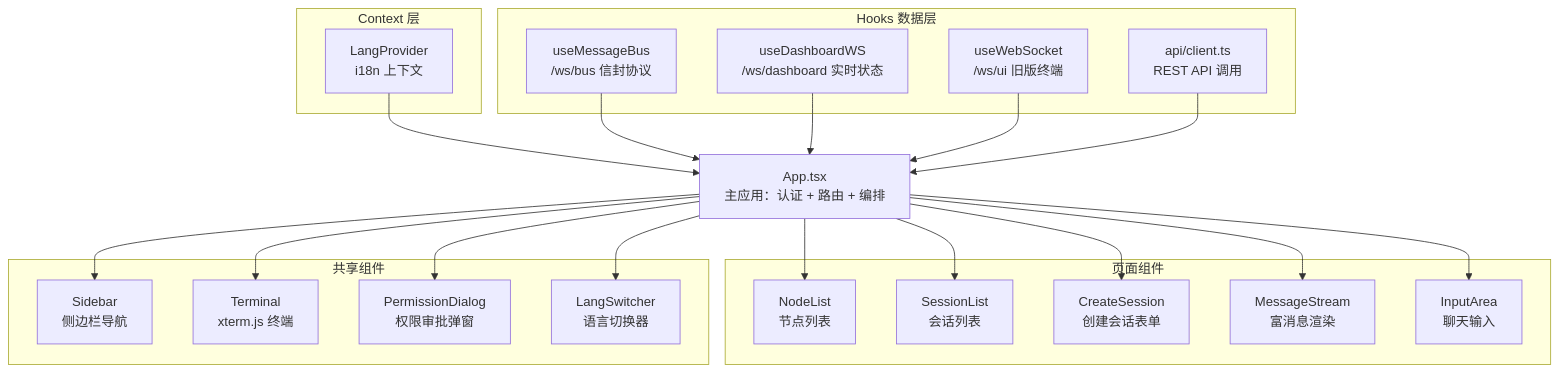
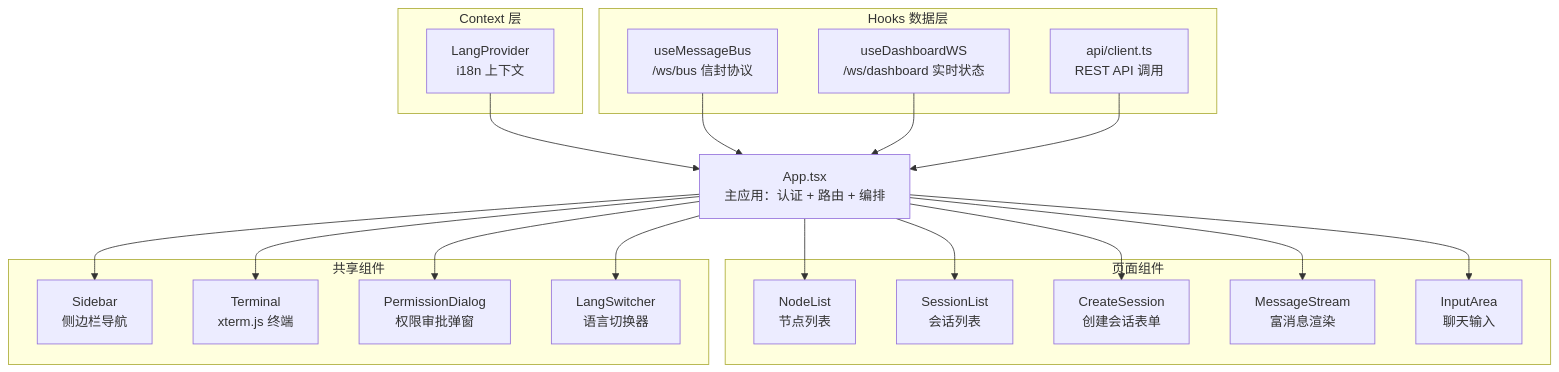
The sixth of 9 diagrams in 技术文档/SuperCo 技术架构全景.md (madage/coaether), drawn with Mermaid before and after one commit. The commit also changed other lines of this file and 32 other files, not shown here.

````diff
--- a/技术文档/SuperCo 技术架构全景.md
+++ b/技术文档/SuperCo 技术架构全景.md
@@ -414,46 +376,44 @@
 ```mermaid
 graph TB
     subgraph Context["Context 层"]
         LP["LangProvider<br/>i18n 上下文"]
     end
 
     subgraph Hooks["Hooks 数据层"]
         MBus["useMessageBus<br/>/ws/bus 信封协议"]
         DWS["useDashboardWS<br/>/ws/dashboard 实时状态"]
-        WSock["useWebSocket<br/>/ws/ui 旧版终端"]
         API["api/client.ts<br/>REST API 调用"]
     end
 
     subgraph Pages["页面组件"]
         NL["NodeList<br/>节点列表"]
         SL["SessionList<br/>会话列表"]
         CS["CreateSession<br/>创建会话表单"]
         MS["MessageStream<br/>富消息渲染"]
         IA["InputArea<br/>聊天输入"]
     end
 
     subgraph Shared["共享组件"]
         S["Sidebar<br/>侧边栏导航"]
         TERM["Terminal<br/>xterm.js 终端"]
         PD["PermissionDialog<br/>权限审批弹窗"]
         LSW["LangSwitcher<br/>语言切换器"]
     end
 
     App["App.tsx<br/>主应用：认证 + 路由 + 编排"]
 
     LP --> App
     MBus --> App
     DWS --> App
-    WSock --> App
     API --> App
 
     App --> S
     App --> NL
     App --> SL
     App --> CS
     App --> MS
     App --> IA
     App --> TERM
     App --> PD
     App --> LSW
 ```
````
